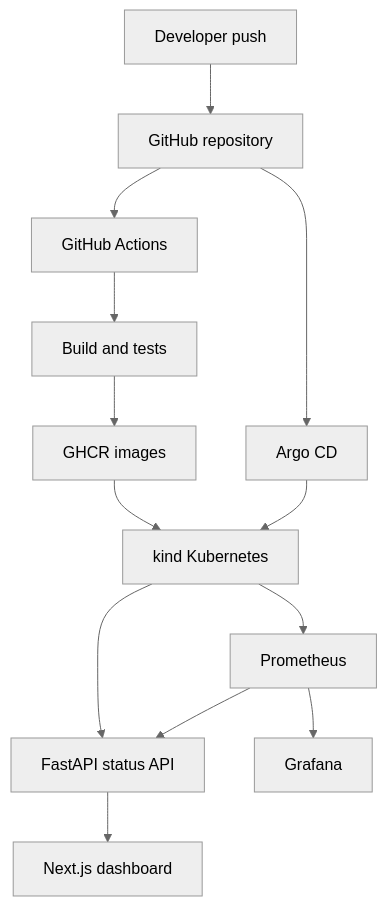
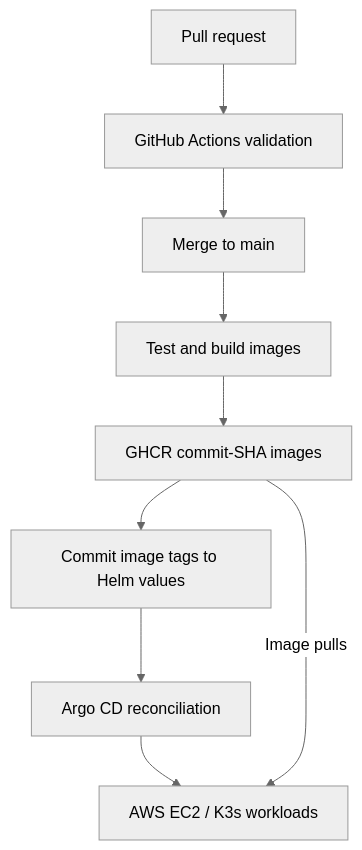
The first of 2 diagrams in README.md (Chirag-Deviputra/Azure-Gitops-Deployment-Dashboard), drawn with Mermaid (neutral theme) before and after one commit. The commit also changed other lines of this file, not shown here.

Commit message:
docs: update AWS deployment README with animated overview

````diff
--- a/README.md
+++ b/README.md
@@ -64,15 +68,11 @@
 ```mermaid
 flowchart TD
-    Developer[Developer push] --> GitHub[GitHub repository]
-    GitHub --> CI[GitHub Actions]
-    CI --> Tests[Build and tests]
-    Tests --> GHCR[GHCR images]
-    GitHub --> Argo[Argo CD]
-    GHCR --> Kubernetes[kind Kubernetes]
-    Argo --> Kubernetes
-    Kubernetes --> API[FastAPI status API]
-    Kubernetes --> Prometheus[Prometheus]
-    API --> Dashboard[Next.js dashboard]
-    Prometheus --> API
-    Prometheus --> Grafana[Grafana]
+    PR[Pull request] --> CI[GitHub Actions validation]
+    CI --> Merge[Merge to main]
+    Merge --> Build[Test and build images]
+    Build --> Registry[GHCR commit-SHA images]
+    Registry --> Promotion[Commit image tags to Helm values]
+    Promotion --> Argo[Argo CD reconciliation]
+    Argo --> Cluster[AWS EC2 / K3s workloads]
+    Registry -->|Image pulls| Cluster
 ```
````
